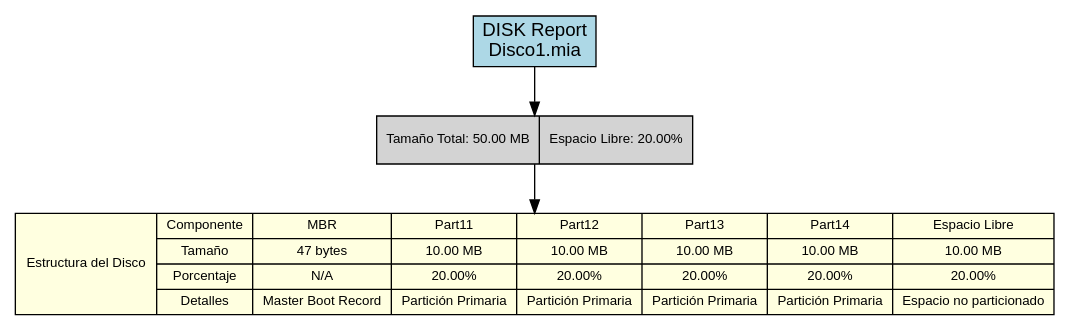
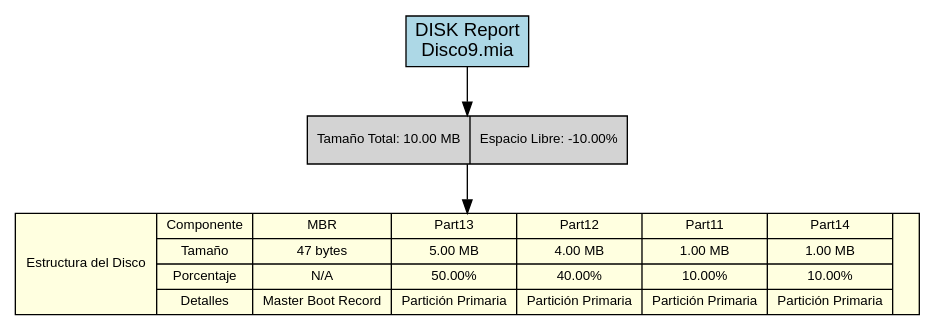
One commit to DiegVas/MIA_2S2025_P2_202300638 changed the diagram in backend/provider/reports/src/disk_381A.dot. Above: the diagram before and after it, drawn with Graphviz. The commit also changed 55 other files, not shown here.

```diff
--- a/backend/provider/reports/src/disk_381A.dot
+++ b/backend/provider/reports/src/disk_381A.dot
@@ -1,15 +1,15 @@
 digraph DISK_Report {
     rankdir=TB;
     node [shape=record, style=filled];
     graph [fontname="Arial", fontsize=12];
     node [fontname="Arial", fontsize=10];
 
-    title [label="DISK Report\nDisco1.mia", fillcolor=lightblue, fontsize=14];
+    title [label="DISK Report\nDisco9.mia", fillcolor=lightblue, fontsize=14];
 
-    disk_info [label="Tamaño Total: 50.00 MB|Espacio Libre: 20.00%", fillcolor=lightgray];
+    disk_info [label="Tamaño Total: 10.00 MB|Espacio Libre: -10.00%", fillcolor=lightgray];
 
-    disk_structure [label="Estructura del Disco|{Componente|Tamaño|Porcentaje|Detalles}|{MBR|47 bytes|N/A|Master Boot Record}|{Part11|10.00 MB|20.00%|Partición Primaria}|{Part12|10.00 MB|20.00%|Partición Primaria}|{Part13|10.00 MB|20.00%|Partición Primaria}|{Part14|10.00 MB|20.00%|Partición Primaria}|{Espacio Libre|10.00 MB|20.00%|Espacio no particionado}", fillcolor=lightyellow];
+    disk_structure [label="Estructura del Disco|{Componente|Tamaño|Porcentaje|Detalles}|{MBR|47 bytes|N/A|Master Boot Record}|{Part13|5.00 MB|50.00%|Partición Primaria}|{Part12|4.00 MB|40.00%|Partición Primaria}|{Part11|1.00 MB|10.00%|Partición Primaria}|{Part14|1.00 MB|10.00%|Partición Primaria}|", fillcolor=lightyellow];
 
     title -> disk_info;
     disk_info -> disk_structure;
 }
```
